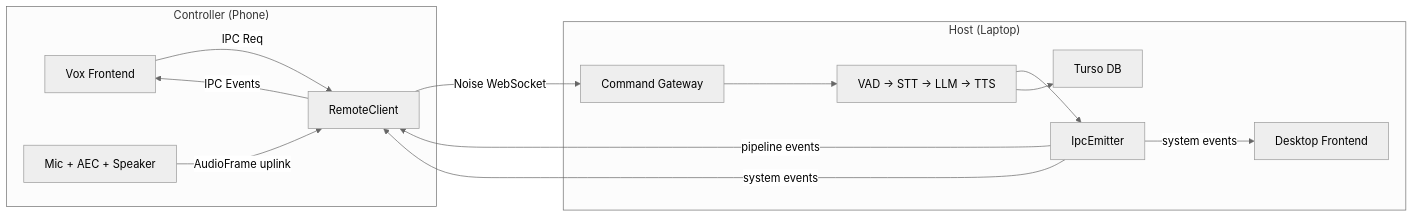
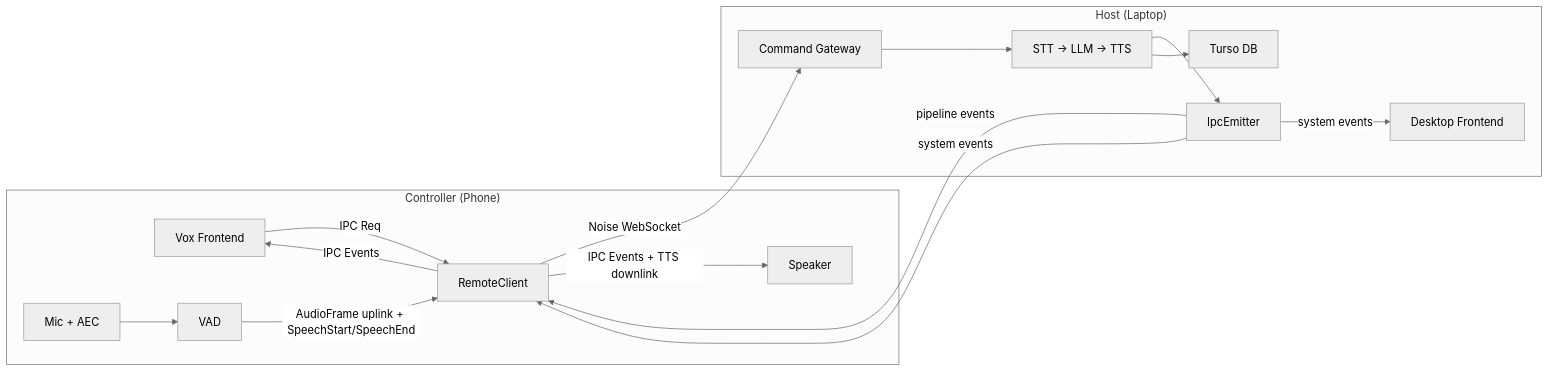
The first of 4 diagrams in docs/specs/remote-control-spec.md (addy-47/vox), drawn with Mermaid (neutral theme) before and after one commit. The commit also changed other lines of this file and 28 other files, not shown here.

Commit message:
refactor: modularize remote audio streaming and enhance VAD fallback handling

````diff
--- a/docs/specs/remote-control-spec.md
+++ b/docs/specs/remote-control-spec.md
@@ -78,27 +78,31 @@
 ```mermaid
 flowchart LR
     subgraph Phone["Controller (Phone)"]
         PhoneUI["Vox Frontend"]
-        PhoneAudio["Mic + AEC + Speaker"]
+        PhoneAudio["Mic + AEC"]
+        PhoneVAD["VAD"]
+        PhoneSpeaker["Speaker"]
         RemoteClient["RemoteClient"]
     end
 
     subgraph Laptop["Host (Laptop)"]
-        Pipeline["VAD → STT → LLM → TTS"]
+        Pipeline["STT → LLM → TTS"]
         Gateway["Command Gateway"]
         Emitter["IpcEmitter"]
         DB["Turso DB"]
         DesktopUI["Desktop Frontend"]
     end
 
     PhoneUI -- "IPC Req" --> RemoteClient
-    PhoneAudio -- "AudioFrame uplink" --> RemoteClient
+    PhoneAudio --> PhoneVAD
+    PhoneVAD -- "AudioFrame uplink + SpeechStart/SpeechEnd" --> RemoteClient
     RemoteClient -- "Noise WebSocket" --> Gateway
     Gateway --> Pipeline
     Pipeline --> Emitter
     Emitter -- "pipeline events" --> RemoteClient
     Emitter -- "system events" --> DesktopUI
     Emitter -- "system events" --> RemoteClient
+    RemoteClient -- "IPC Events + TTS downlink" --> PhoneSpeaker
     RemoteClient -- "IPC Events" --> PhoneUI
     Pipeline --> DB
 ```
````
